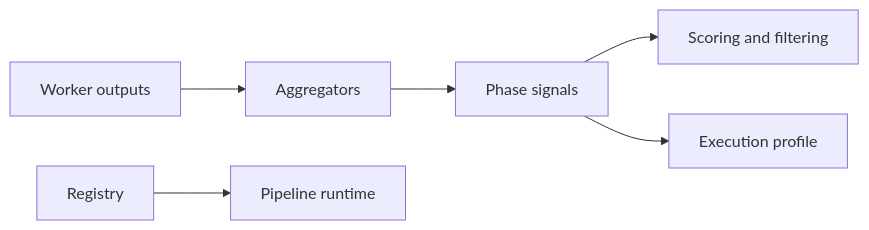
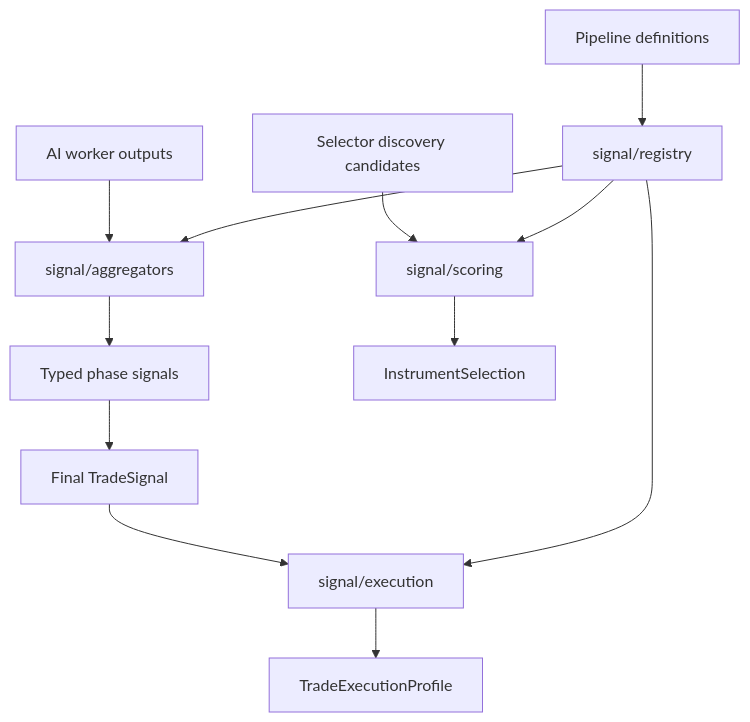
The diagram in electron/main/services/signal/README.md (KennethAtchon/Exva), drawn with Mermaid before and after one commit. The commit also changed other lines of this file and 40 other files, not shown here.

````diff
--- a/electron/main/services/signal/README.md
+++ b/electron/main/services/signal/README.md
@@ -14,8 +17,17 @@
 ```mermaid
-flowchart LR
-    WORKERS[Worker outputs] --> AGG[Aggregators]
-    AGG --> SIGNALS[Phase signals]
-    SIGNALS --> SCORE[Scoring and filtering]
-    SIGNALS --> EXEC[Execution profile]
-    REG[Registry] --> PIPE[Pipeline runtime]
+flowchart TD
+    Workers[AI worker outputs] --> Aggregators[signal/aggregators]
+    Aggregators --> PhaseSignals[Typed phase signals]
+
+    Discovery[Selector discovery candidates] --> Scoring[signal/scoring]
+    Scoring --> Selected[InstrumentSelection]
+
+    PhaseSignals --> TradeSignal[Final TradeSignal]
+    TradeSignal --> Execution[signal/execution]
+    Execution --> Profile[TradeExecutionProfile]
+
+    Registry[signal/registry] --> Aggregators
+    Registry --> Scoring
+    Registry --> Execution
+    Pipeline[Pipeline definitions] --> Registry
 ```
````
